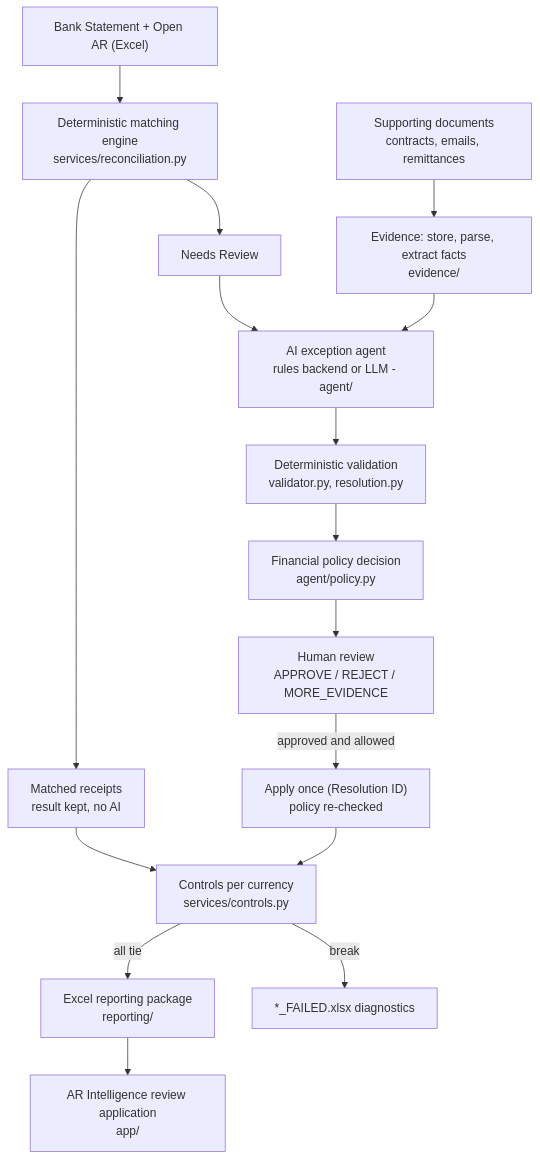
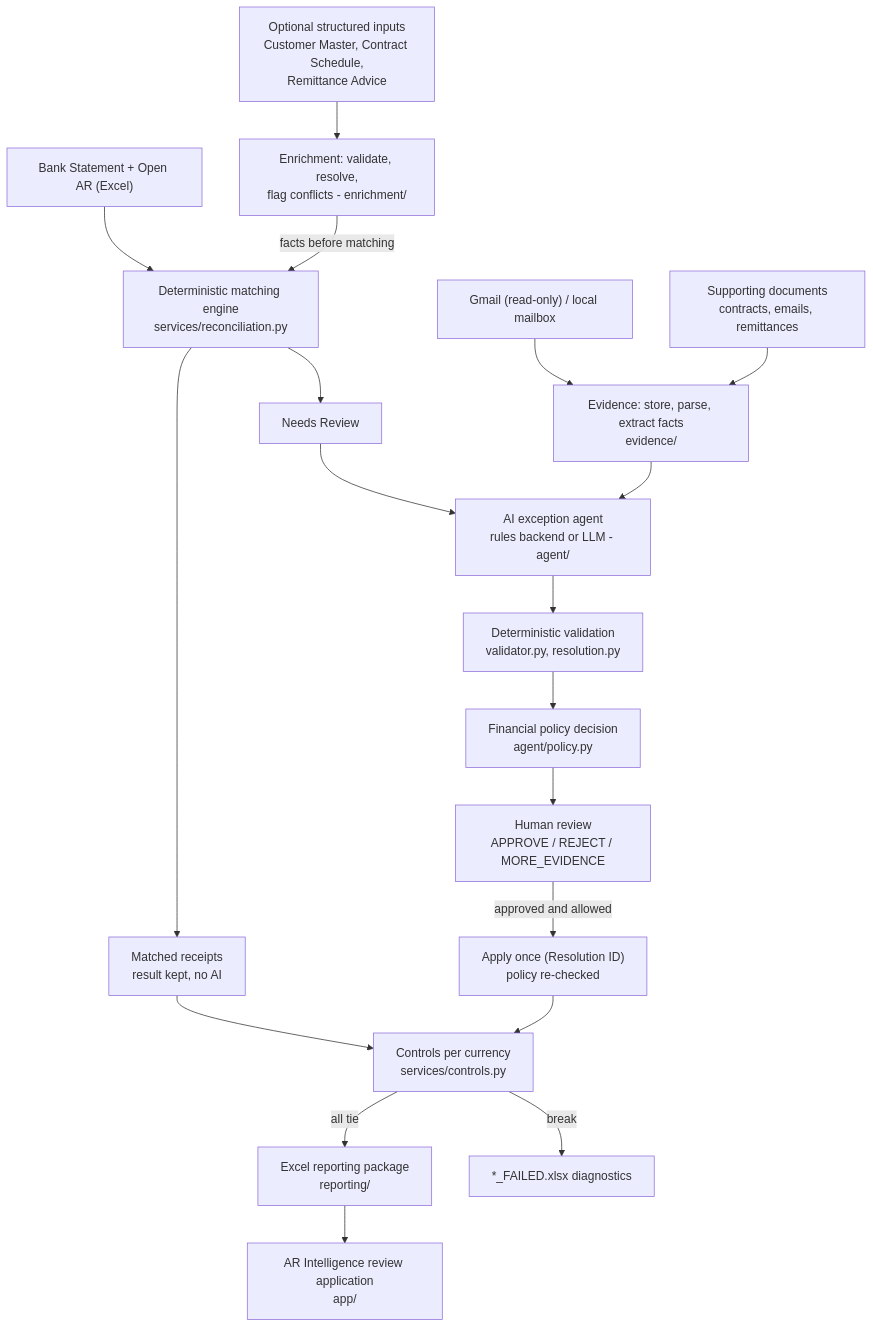
The first of 4 diagrams in README.md (COCO-WaterBird/AR_Reconciliation_agent), drawn with Mermaid before and after one commit. The commit also changed other lines of this file, not shown here.

Commit message:
docs: evidence-enriched cash application - inputs, rules, mailbox, measured results

````diff
--- a/README.md
+++ b/README.md
@@ -248,18 +261,21 @@
 ```mermaid
 flowchart TD
     IN["Bank Statement + Open AR (Excel)"] --> ENG["Deterministic matching engine<br/>services/reconciliation.py"]
+    STR["Optional structured inputs<br/>Customer Master, Contract Schedule,<br/>Remittance Advice"] --> ENR["Enrichment: validate, resolve,<br/>flag conflicts - enrichment/"]
+    ENR -->|facts before matching| ENG
+    MAIL["Gmail (read-only) / local mailbox"] --> EV
     ENG --> MATCH["Matched receipts<br/>result kept, no AI"]
     ENG --> NR["Needs Review"]
     DOCS["Supporting documents<br/>contracts, emails, remittances"] --> EV["Evidence: store, parse, extract facts<br/>evidence/"]
     NR --> AG["AI exception agent<br/>rules backend or LLM - agent/"]
     EV --> AG
     AG --> VAL["Deterministic validation<br/>validator.py, resolution.py"]
     VAL --> POL["Financial policy decision<br/>agent/policy.py"]
     POL --> HUM["Human review<br/>APPROVE / REJECT / MORE_EVIDENCE"]
     HUM -->|approved and allowed| APP["Apply once (Resolution ID)<br/>policy re-checked"]
     MATCH --> CTRL["Controls per currency<br/>services/controls.py"]
     APP --> CTRL
     CTRL -->|all tie| REP["Excel reporting package<br/>reporting/"]
     CTRL -->|break| FAIL["*_FAILED.xlsx diagnostics"]
     REP --> UI["AR Intelligence review application<br/>app/"]
 ```
````
